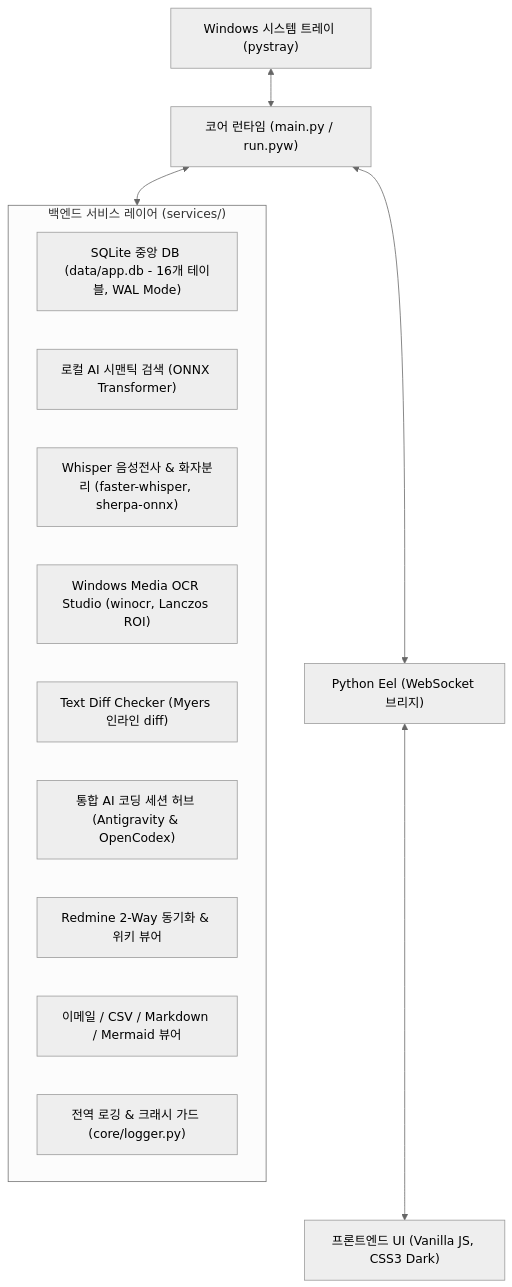
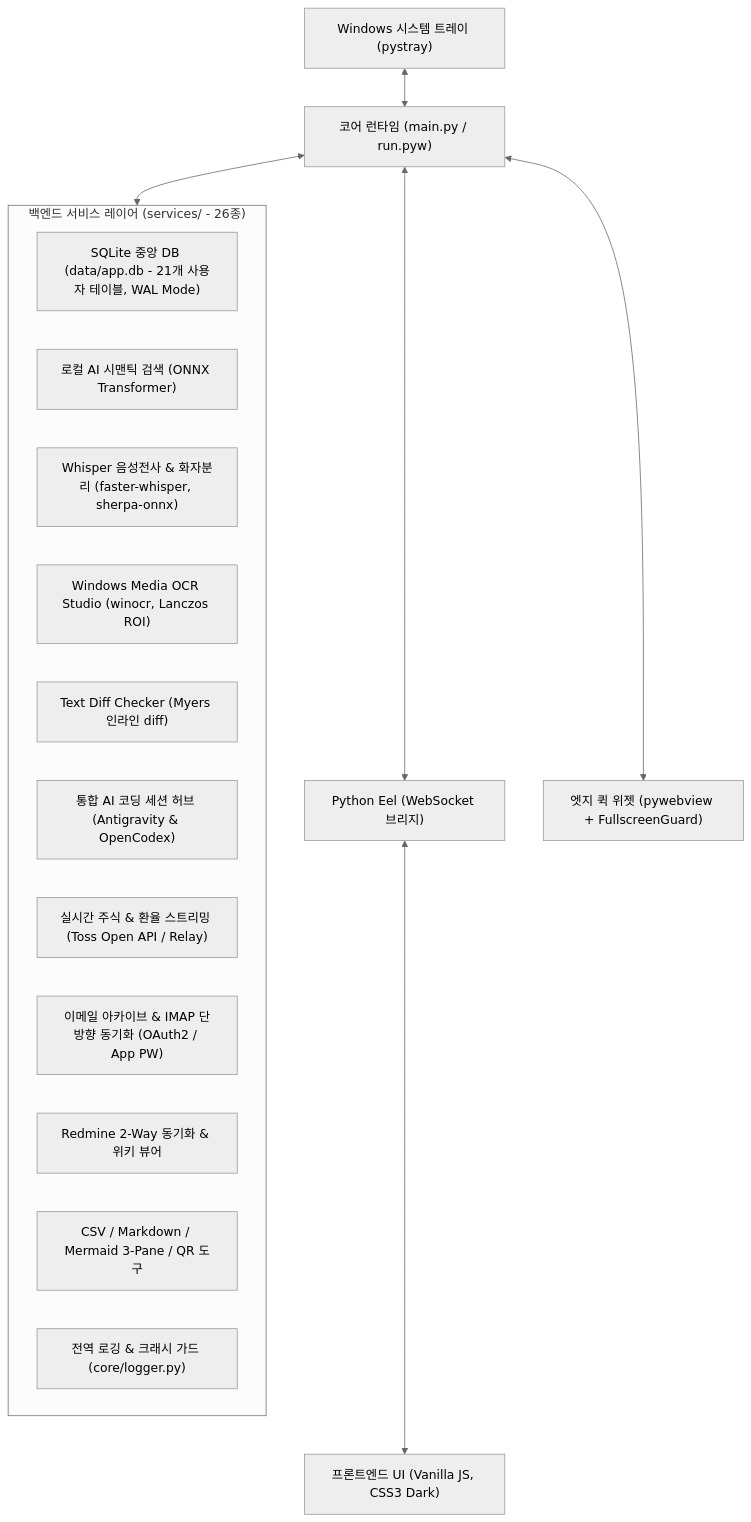
Before and after one commit to JudeRester/Util-Tools: the first of 2 diagrams in docs/HANDOVER_GUIDE.md, drawn with Mermaid (neutral theme). The commit also changed other lines of this file and 7 other files, not shown here.

Commit message:
docs: synchronize project documentation for v0.22.9 and stock trend/relay features

````diff
--- a/docs/HANDOVER_GUIDE.md
+++ b/docs/HANDOVER_GUIDE.md
@@ -24,20 +24,23 @@
 ```mermaid
 flowchart TD
     Tray["Windows 시스템 트레이 (pystray)"] <--> Core["코어 런타임 (main.py / run.pyw)"]
     Core <--> Eel["Python Eel (WebSocket 브리지)"]
     Eel <--> WebUI["프론트엔드 UI (Vanilla JS, CSS3 Dark)"]
+    Core <--> EdgeWidget["엣지 퀵 위젯 (pywebview + FullscreenGuard)"]
     
-    subgraph BackendServices ["백엔드 서비스 레이어 (services/)"]
-        DB["SQLite 중앙 DB (data/app.db - 16개 테이블, WAL Mode)"]
+    subgraph BackendServices ["백엔드 서비스 레이어 (services/ - 26종)"]
+        DB["SQLite 중앙 DB (data/app.db - 21개 사용자 테이블, WAL Mode)"]
         AI["로컬 AI 시맨틱 검색 (ONNX Transformer)"]
         Whisper["Whisper 음성전사 & 화자분리 (faster-whisper, sherpa-onnx)"]
         OCR["Windows Media OCR Studio (winocr, Lanczos ROI)"]
         Diff["Text Diff Checker (Myers 인라인 diff)"]
         SessionHub["통합 AI 코딩 세션 허브 (Antigravity & OpenCodex)"]
+        Stock["실시간 주식 & 환율 스트리밍 (Toss Open API / Relay)"]
+        EmailImap["이메일 아카이브 & IMAP 단방향 동기화 (OAuth2 / App PW)"]
         Redmine["Redmine 2-Way 동기화 & 위키 뷰어"]
-        Viewers["이메일 / CSV / Markdown / Mermaid 뷰어"]
+        Viewers["CSV / Markdown / Mermaid 3-Pane / QR 도구"]
         Logging["전역 로깅 & 크래시 가드 (core/logger.py)"]
     end
     
     Core <--> BackendServices
 ```
````
